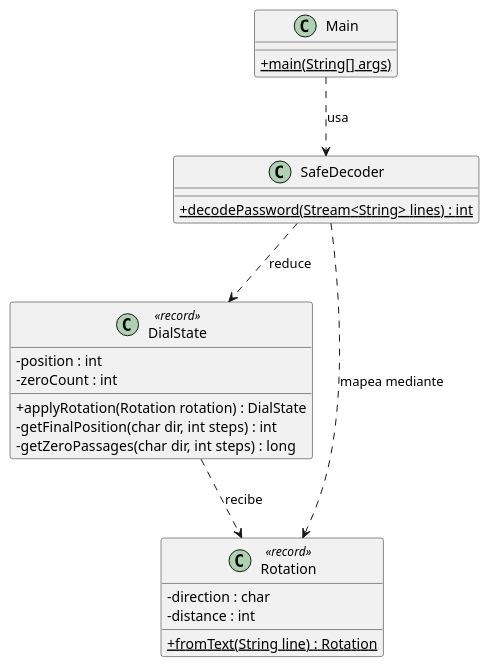
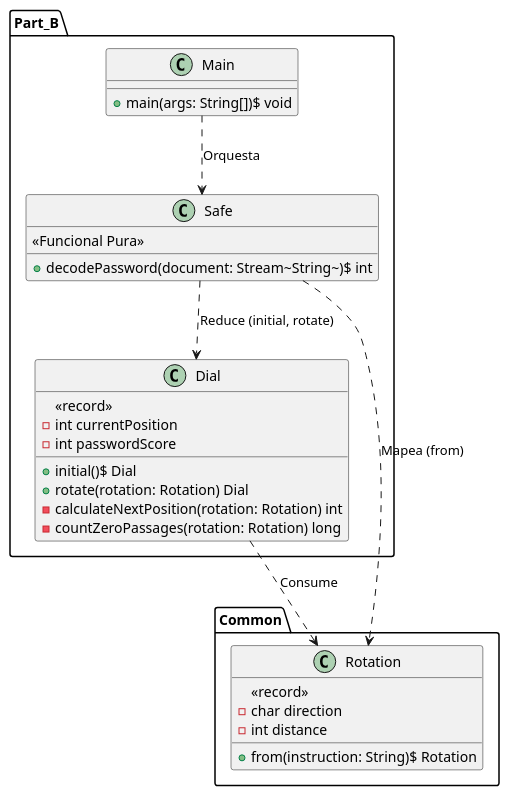
The diagram in diagrams/day01b.puml (duniasr/AoC2025), drawn with PlantUML before and after one commit. The commit also changed 15 other files, not shown here.

```diff
--- a/diagrams/day01b.puml
+++ b/diagrams/day01b.puml
@@ -1,31 +1,37 @@
-@startuml
-skinparam classAttributeIconSize 0
+@startumlclassDiagram
+             namespace Common {
+                 class Rotation {
+                     <<record>>
+                     -char direction
+                     -int distance
+                     +from(instruction: String)$ Rotation
+                 }
+             }
 
-class Main {
-  + {static} main(String[] args)
-}
+             namespace Part_B {
+                 class Dial {
+                     <<record>>
+                     -int currentPosition
+                     -int passwordScore
+                     +initial()$ Dial
+                     +rotate(rotation: Rotation) Dial
+                     -calculateNextPosition(rotation: Rotation) int
+                     -countZeroPassages(rotation: Rotation) long
+                 }
 
-class SafeDecoder {
-  + {static} decodePassword(Stream<String> lines) : int
-}
+                 class Safe {
+                     <<Funcional Pura>>
+                     +decodePassword(document: Stream~String~)$ int
+                 }
 
-class DialState <<record>> {
-  - position : int
-  - zeroCount : int
-  + applyRotation(Rotation rotation) : DialState
-  - getFinalPosition(char dir, int steps) : int
-  - getZeroPassages(char dir, int steps) : long
-}
+                 class Main {
+                     +main(args: String[])$ void
+                 }
+             }
 
-class Rotation <<record>> {
-  - direction : char
-  - distance : int
-  + {static} fromText(String line) : Rotation
-}
-
-Main ..> SafeDecoder : "usa"
-SafeDecoder ..> Rotation : "mapea mediante"
-SafeDecoder ..> DialState : "reduce"
-DialState ..> Rotation : "recibe"
+             Safe ..> Rotation : Mapea (from)
+             Safe ..> Dial : Reduce (initial, rotate)
+             Dial ..> Rotation : Consume
+             Main ..> Safe : Orquesta
 
 @enduml
```
